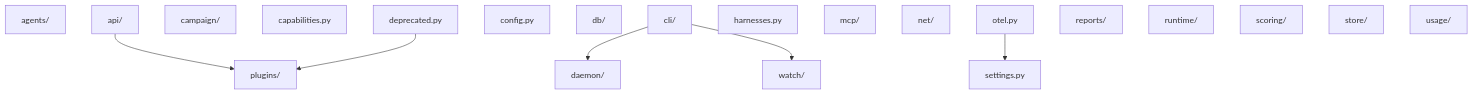
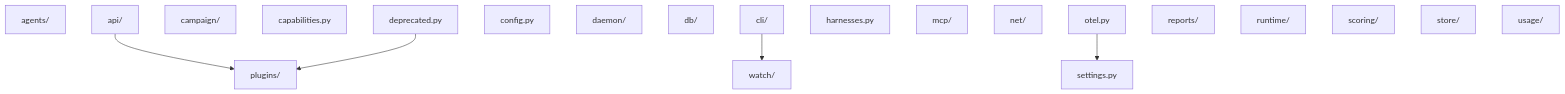
One commit to VatsaDev/piloop changed the diagram in docs/snippets/generated/imports.mdx. Above: the diagram before and after it, drawn with Mermaid. The commit also changed other lines of this file and 38 other files, not shown here.

````diff
--- a/docs/snippets/generated/imports.mdx
+++ b/docs/snippets/generated/imports.mdx
@@ -3,29 +3,28 @@
 ```mermaid
 flowchart TB
     agents["agents/"]
     api["api/"]
     campaign["campaign/"]
     capabilities["capabilities.py"]
     cli["cli/"]
     config["config.py"]
     daemon["daemon/"]
     db["db/"]
     deprecated["deprecated.py"]
     harnesses["harnesses.py"]
     mcp["mcp/"]
     net["net/"]
     otel["otel.py"]
     plugins["plugins/"]
     reports["reports/"]
     runtime["runtime/"]
     scoring["scoring/"]
     settings["settings.py"]
     store["store/"]
     usage["usage/"]
     watch["watch/"]
     api --> plugins
-    cli --> daemon
     cli --> watch
     deprecated --> plugins
     otel --> settings
 ```
````
